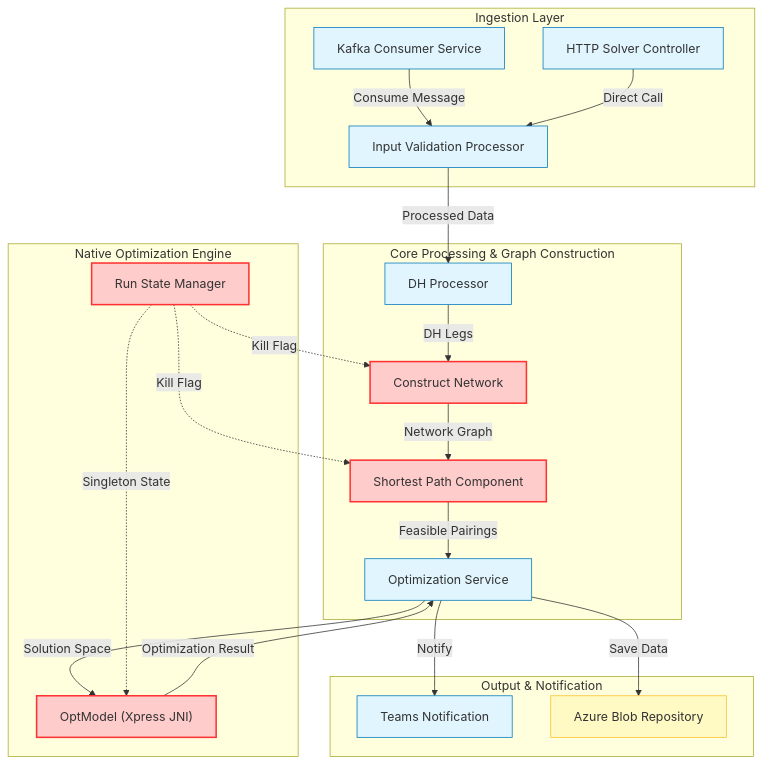
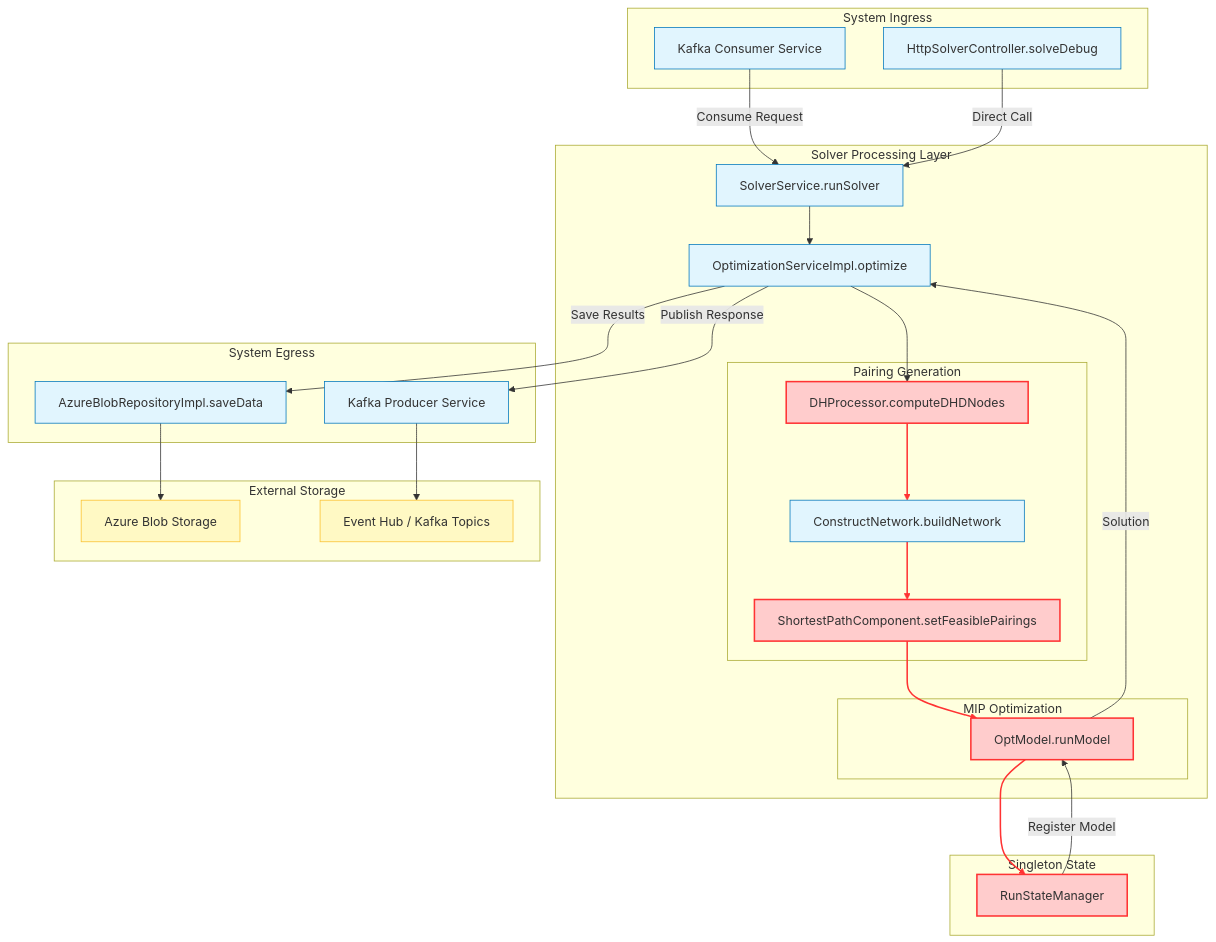
Before and after one commit to venkatesangit80/CodeWiki: the third of 3 diagrams in repo_docs/solver/Sequence_Builder/2026-08-18/Architecture_Synthesis_AAInternal__Sequence_Builder.md, drawn with Mermaid. The commit also changed other lines of this file and 9 other files, not shown here.

````diff
--- a/repo_docs/solver/Sequence_Builder/2026-08-18/Architecture_Synthesis_AAInternal__Sequence_Builder.md
+++ b/repo_docs/solver/Sequence_Builder/2026-08-18/Architecture_Synthesis_AAInternal__Sequence_Builder.md
@@ -149,50 +245,71 @@
 ```mermaid
-flowchart TD
+graph TD
     %% Define Styles
     classDef riskNode fill:#ffcccc,stroke:#ff3333,stroke-width:2px;
     classDef normalNode fill:#e1f5fe,stroke:#0277bd,stroke-width:1px;
-    classDef dbNode fill:#fff9c4,stroke:#fbc02d,stroke-width:1px;
+    classDef dataStore fill:#fff9c4,stroke:#fbc02d,stroke-width:1px;
 
-    subgraph Ingestion ["Ingestion Layer"]
+    %% Ingress
+    subgraph Ingress ["System Ingress"]
         K["Kafka Consumer Service"]:::normalNode
-        H["HTTP Solver Controller"]:::normalNode
-        S["Input Validation Processor"]:::normalNode
+        H["HttpSolverController.solveDebug"]:::normalNode
     end
 
-    subgraph Processing ["Core Processing & Graph Construction"]
-        D["DH Processor"]:::normalNode
-        C["Construct Network"]:::riskNode
-        P["Shortest Path Component"]:::riskNode
-        O["Optimization Service"]:::normalNode
+    %% Processing Layer
+    subgraph Processing ["Solver Processing Layer"]
+        S["SolverService.runSolver"]:::normalNode
+        O["OptimizationServiceImpl.optimize"]:::normalNode
+        
+        subgraph Generation ["Pairing Generation"]
+            D["DHProcessor.computeDHDNodes"]:::riskNode
+            C["ConstructNetwork.buildNetwork"]:::normalNode
+            SP["ShortestPathComponent.setFeasiblePairings"]:::riskNode
+        end
+        
+        subgraph Optimization ["MIP Optimization"]
+            OM["OptModel.runModel"]:::riskNode
+        end
     end
 
-    subgraph Optimization ["Native Optimization Engine"]
-        M["OptModel (Xpress JNI)"]:::riskNode
-        R["Run State Manager"]:::riskNode
+    %% State Management
+    subgraph State ["Singleton State"]
+        RS["RunStateManager"]:::riskNode
     end
 
-    subgraph Output ["Output & Notification"]
-        T["Teams Notification"]:::normalNode
-        B["Azure Blob Repository"]:::dbNode
+    %% Egress
+    subgraph Egress ["System Egress"]
+        KB["Kafka Producer Service"]:::normalNode
+        AB["AzureBlobRepositoryImpl.saveData"]:::normalNode
     end
 
-    %% Flows
-    K -->|Consume Message| S
+    %% Data Stores
+    subgraph Storage ["External Storage"]
+        DB["Azure Blob Storage"]:::dataStore
+        ES["Event Hub / Kafka Topics"]:::dataStore
+    end
+
+    %% Connections
+    K -->|Consume Request| S
     H -->|Direct Call| S
-    S -->|Processed Data| D
-    D -->|DH Legs| C
-    C -->|Network Graph| P
-    P -->|Feasible Pairings| O
-    O -->|Solution Space| M
-    M -->|Optimization Result| O
-    O -->|Save Data| B
-    O -->|Notify| T
     
-    %% Risk Connections
-    R -.->|Singleton State| M
-    R -.->|Kill Flag| P
-    R -.->|Kill Flag| C
+    S --> O
+    O --> D
+    D --> C
+    C --> SP
+    SP --> OM
+    OM --> RS
+    RS -->|Register Model| OM
+    
+    OM -->|Solution| O
+    O -->|Save Results| AB
+    O -->|Publish Response| KB
+    
+    AB --> DB
+    KB --> ES
 
-    %% Apply Risk Classes
-    class C,P,M,R riskNode;
+    %% Risk Annotations
+    linkStyle 4 stroke:#ff3333,stroke-width:2px;
+    linkStyle 5 stroke:#ff3333,stroke-width:2px;
+    linkStyle 6 stroke:#ff3333,stroke-width:2px;
+    linkStyle 7 stroke:#ff3333,stroke-width:2px;
 ```
````
